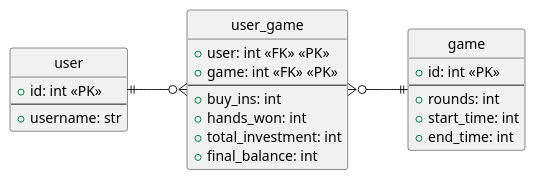
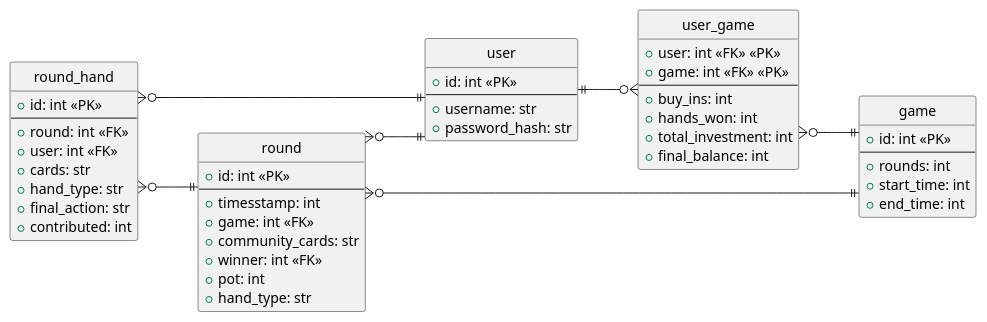
The diagram in 18-poker/db.puml (LilleAila/it1), drawn with PlantUML before and after one commit. The commit also changed 2 other files, not shown here.

```diff
--- a/18-poker/db.puml
+++ b/18-poker/db.puml
@@ -1,32 +1,59 @@
 @startuml
 left to right direction
 skinparam linetype ortho
 hide circle
 
 entity user {
   +id: int <<PK>>
   --
   +username: str
+  +password_hash: str
 }
 
 entity game {
   +id: int <<PK>>
   --
   +rounds: int
   +start_time: int
   +end_time: int
 }
 
 entity user_game {
   +user: int <<FK>> <<PK>>
   +game: int <<FK>> <<PK>>
   --
   +buy_ins: int
   +hands_won: int
   +total_investment: int
   +final_balance: int
 }
 
+entity round {
+  +id: int <<PK>>
+  --
+  +timesstamp: int
+  +game: int <<FK>>
+  +community_cards: str
+  +winner: int <<FK>>
+  +pot: int
+  +hand_type: str
+}
+
+entity round_hand {
+  +id: int <<PK>>
+  --
+  +round: int <<FK>>
+  +user: int <<FK>>
+  +cards: str
+  +hand_type: str
+  +final_action: str
+  +contributed: int
+}
+
 user ||--o{ user_game
 user_game }o--|| game
+round }o--|| game
+round_hand }o--|| round
+round_hand }o--|| user
+round }o--|| user
 @enduml
```
